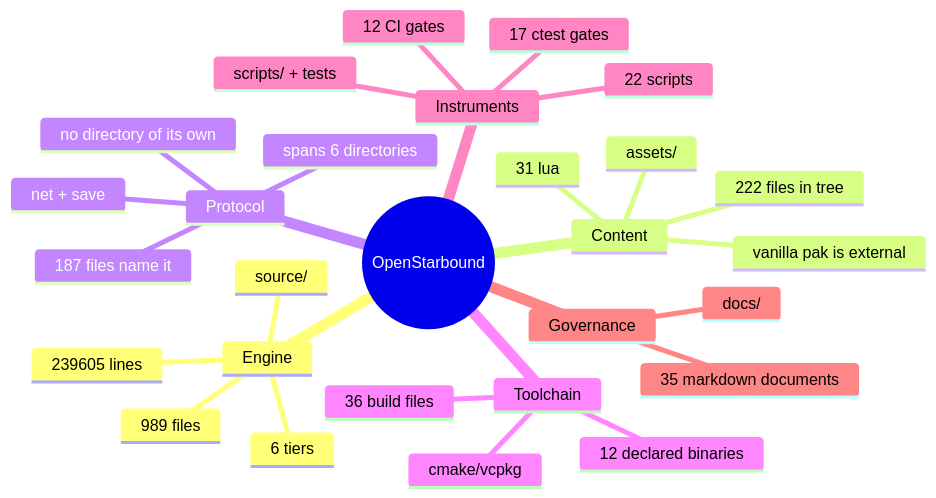
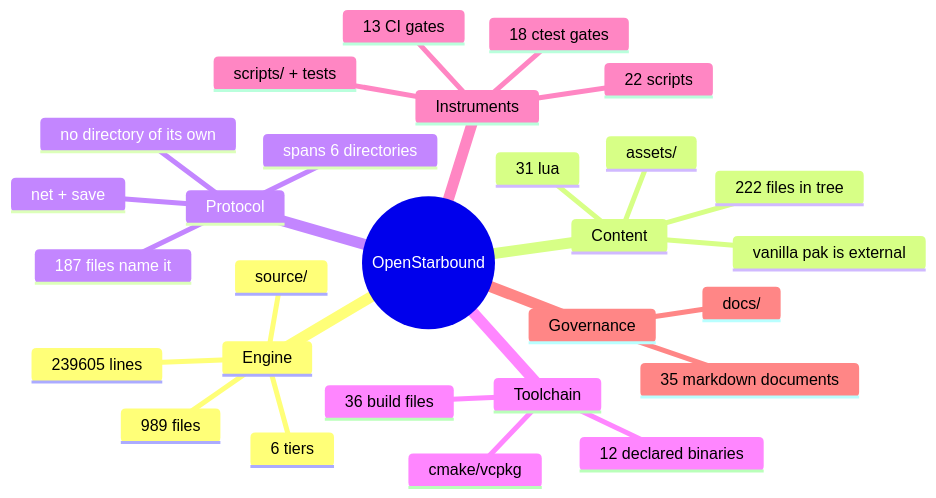
Before and after one commit to apnex/OpenStarbound: the second of 11 diagrams in docs/architecture/system-boundaries.md, drawn with Mermaid. The commit also changed 5 other files, not shown here.

First line of the commit message:
spec: the SDL host owns a window, not a graphics API — swapTick moves to `gpu`

````diff
--- a/docs/architecture/system-boundaries.md
+++ b/docs/architecture/system-boundaries.md
@@ -166,31 +166,31 @@
 ```mermaid
 mindmap
   root((OpenStarbound))
     Engine
       source/
       989 files
       239605 lines
       6 tiers
     Content
       assets/
       222 files in tree
       31 lua
       vanilla pak is external
     Protocol
       net + save
       187 files name it
       spans 6 directories
       no directory of its own
     Toolchain
       cmake/vcpkg
       36 build files
       12 declared binaries
     Instruments
       scripts/ + tests
       22 scripts
-      17 ctest gates
-      12 CI gates
+      18 ctest gates
+      13 CI gates
     Governance
       docs/
       35 markdown documents
 ```
````
